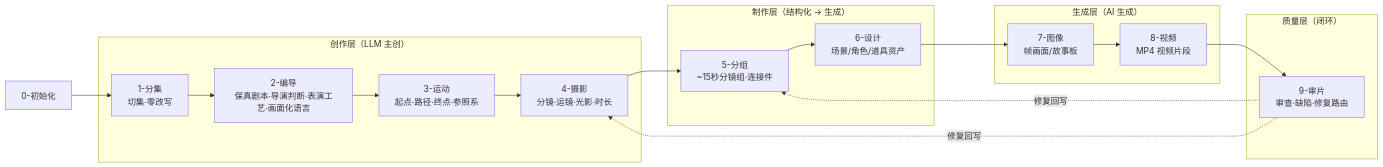
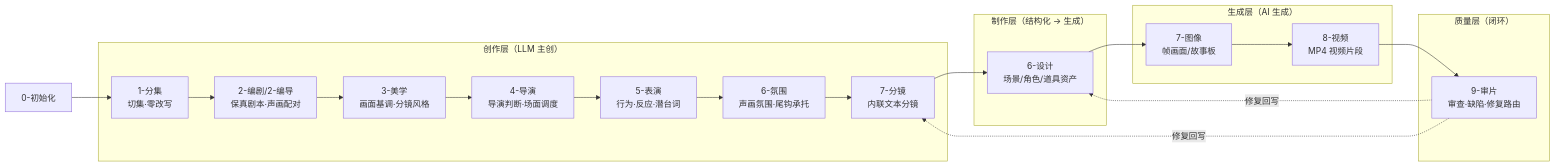
Before and after one commit to ZEN-VOID/AI-CUT: the first of 2 diagrams in .agents/skills/aigc/CONTEXT.md, drawn with Mermaid. The commit also changed other lines of this file and 181 other files, not shown here.

````diff
--- a/.agents/skills/aigc/CONTEXT.md
+++ b/.agents/skills/aigc/CONTEXT.md
@@ -67,28 +74,30 @@
 ```mermaid
 flowchart LR
     subgraph 创作层["创作层（LLM 主创）"]
         S1["1-分集<br/>切集·零改写"]
-        S2["2-编导<br/>保真剧本·导演判断·表演工艺·画面化语言"]
-        S3["3-运动<br/>起点·路径·终点·参照系"]
-        S5["4-摄影<br/>分镜·运镜·光影·时长"]
+        S2["2-编剧/2-编导<br/>保真剧本·声画配对"]
+        S3A["3-美学<br/>画面基调·分镜风格"]
+        S4A["4-导演<br/>导演判断·场面调度"]
+        S5A["5-表演<br/>行为·反应·潜台词"]
+        S6A["6-氛围<br/>声画氛围·尾钩承托"]
+        S7A["7-分镜<br/>内联文本分镜"]
     end
 
     subgraph 制作层["制作层（结构化 → 生成）"]
-        S6["5-分组<br/>~15秒分镜组·连接件"]
         S7["6-设计<br/>场景/角色/道具资产"]
     end
 
     subgraph 生成层["生成层（AI 生成）"]
         S8["7-图像<br/>帧画面/故事板"]
         S9["8-视频<br/>MP4 视频片段"]
     end
 
     subgraph 质量层["质量层（闭环）"]
         S10["9-审片<br/>审查·缺陷·修复路由"]
     end
 
     S0["0-初始化"] --> S1
-    S1 --> S2 --> S3 --> S5 --> S6 --> S7 --> S8 --> S9 --> S10
-    S10 -.->|"修复回写"| S6
-    S10 -.->|"修复回写"| S5
+    S1 --> S2 --> S3A --> S4A --> S5A --> S6A --> S7A --> S7 --> S8 --> S9 --> S10
+    S10 -.->|"修复回写"| S7A
+    S10 -.->|"修复回写"| S7
 ```
````
